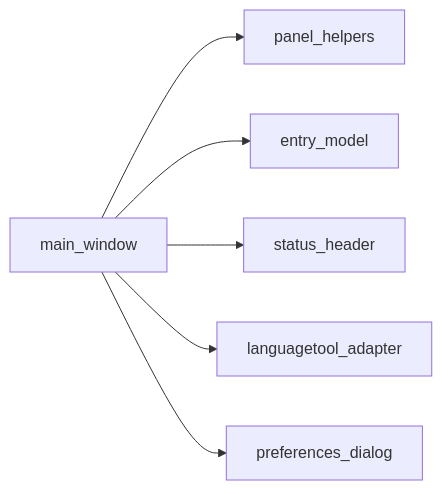
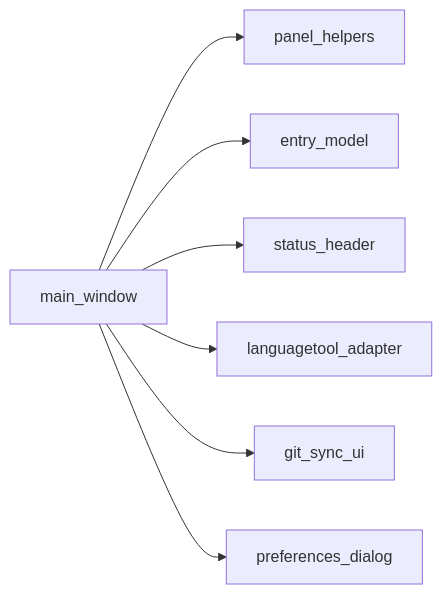
Before and after one commit to PlagaMedicum/TranslationZed-py: the fourth of 17 diagrams in docs/architecture/diagrams.md, drawn with Mermaid. The commit also changed other lines of this file and 7 other files, not shown here.

````diff
--- a/docs/architecture/diagrams.md
+++ b/docs/architecture/diagrams.md
@@ -45,8 +45,9 @@
 ```mermaid
 graph LR
   MW[main_window] --> PM[panel_helpers]
   MW --> ED[entry_model]
   MW --> SH[status_header]
   MW --> LT[languagetool_adapter]
+  MW --> GS[git_sync_ui]
   MW --> PR[preferences_dialog]
 ```
````
